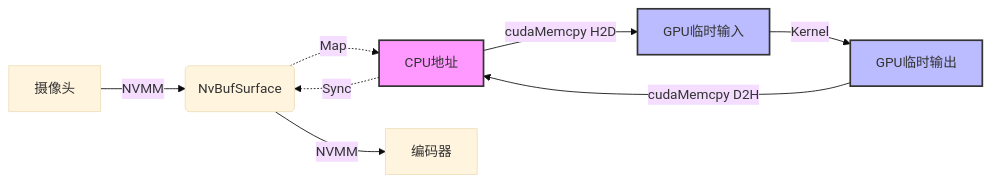
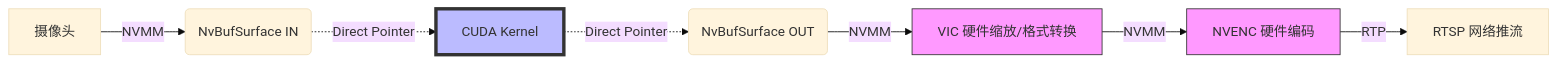
Before and after one commit to mx2013713828/avm-intro: the diagram in cpp_demo/README.md, drawn with Mermaid (base theme). The commit also changed other lines of this file and 4 other files, not shown here.

````diff
--- a/cpp_demo/README.md
+++ b/cpp_demo/README.md
@@ -30,14 +29,13 @@
 ```mermaid
 graph LR
-    CAM[摄像头] -->|NVMM| SURF(NvBufSurface)
-    SURF -.->|Map| CPU[CPU地址]
-    CPU -->|cudaMemcpy H2D| GPU_IN[GPU临时输入]
-    GPU_IN -->|Kernel| GPU_OUT[GPU临时输出]
-    GPU_OUT -->|cudaMemcpy D2H| CPU
-    CPU -.->|Sync| SURF
-    SURF -->|NVMM| ENC[编码器]
-    
-    style CPU fill:#f9f,stroke:#333,stroke-width:2px
-    style GPU_IN fill:#bbf,stroke:#333,stroke-width:2px
-    style GPU_OUT fill:#bbf,stroke:#333,stroke-width:2px
+    CAM[摄像头] -->|NVMM| SURF_IN(NvBufSurface IN)
+    SURF_IN -.->|Direct Pointer| CUDA[CUDA Kernel]
+    CUDA -.->|Direct Pointer| SURF_OUT(NvBufSurface OUT)
+    SURF_OUT -->|NVMM| VIC[VIC 硬件缩放/格式转换]
+    VIC -->|NVMM| ENC[NVENC 硬件编码]
+    ENC -->|RTP| Network[RTSP 网络推流]
+
+    style CUDA fill:#bbf,stroke:#333,stroke-width:4px
+    style VIC fill:#f9f,stroke:#333
+    style ENC fill:#f9f,stroke:#333
 ```
````
